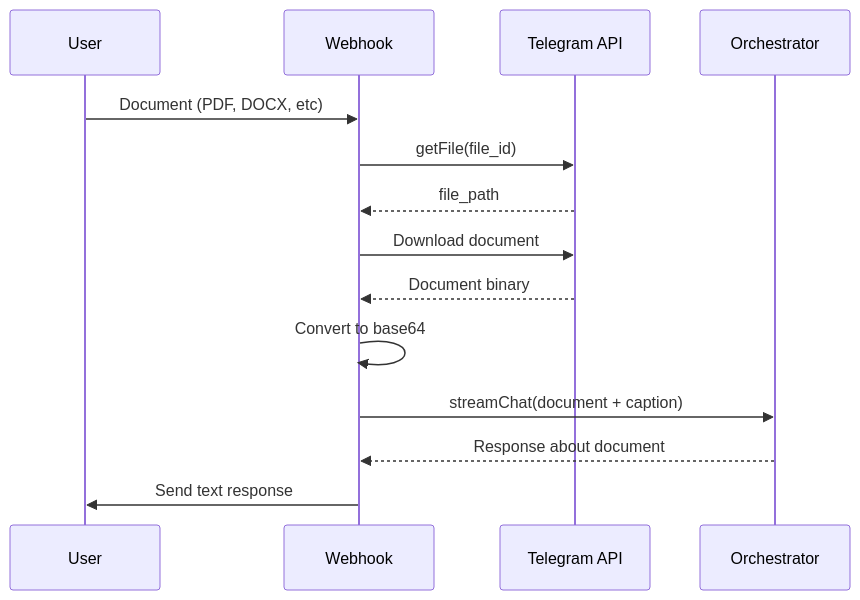
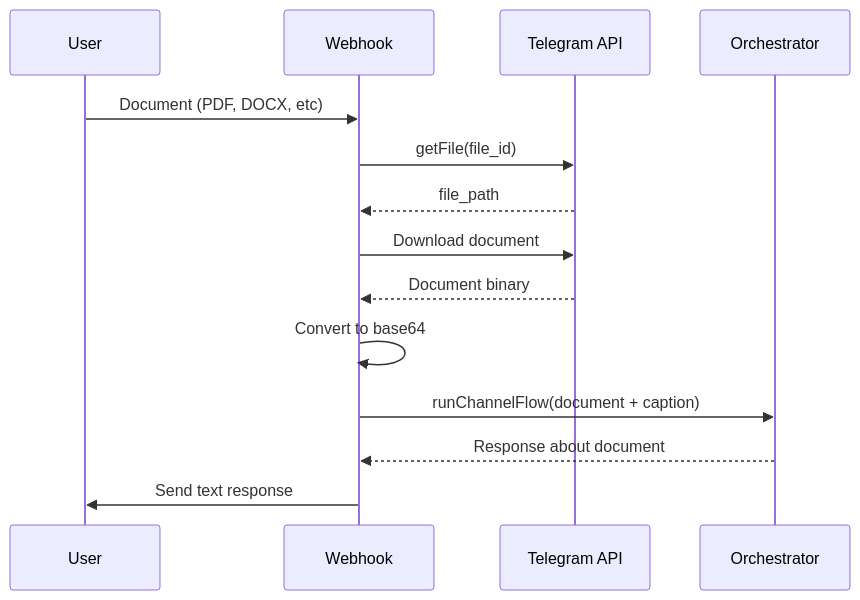
One commit to KovD3v/anthon-2.0 changed the sixth of 9 diagrams in docs/telegram-webhook.md. Above: the diagram before and after it, drawn with Mermaid. The commit also changed other lines of this file and 45 other files, not shown here.

````diff
--- a/docs/telegram-webhook.md
+++ b/docs/telegram-webhook.md
@@ -141,17 +141,17 @@
 ```mermaid
 sequenceDiagram
     participant U as User
     participant WH as Webhook
     participant TG as Telegram API
     participant AI as Orchestrator
 
     U->>WH: Document (PDF, DOCX, etc)
     WH->>TG: getFile(file_id)
     TG-->>WH: file_path
     WH->>TG: Download document
     TG-->>WH: Document binary
     WH->>WH: Convert to base64
-    WH->>AI: streamChat(document + caption)
+    WH->>AI: runChannelFlow(document + caption)
     AI-->>WH: Response about document
     WH->>U: Send text response
 ```
````
